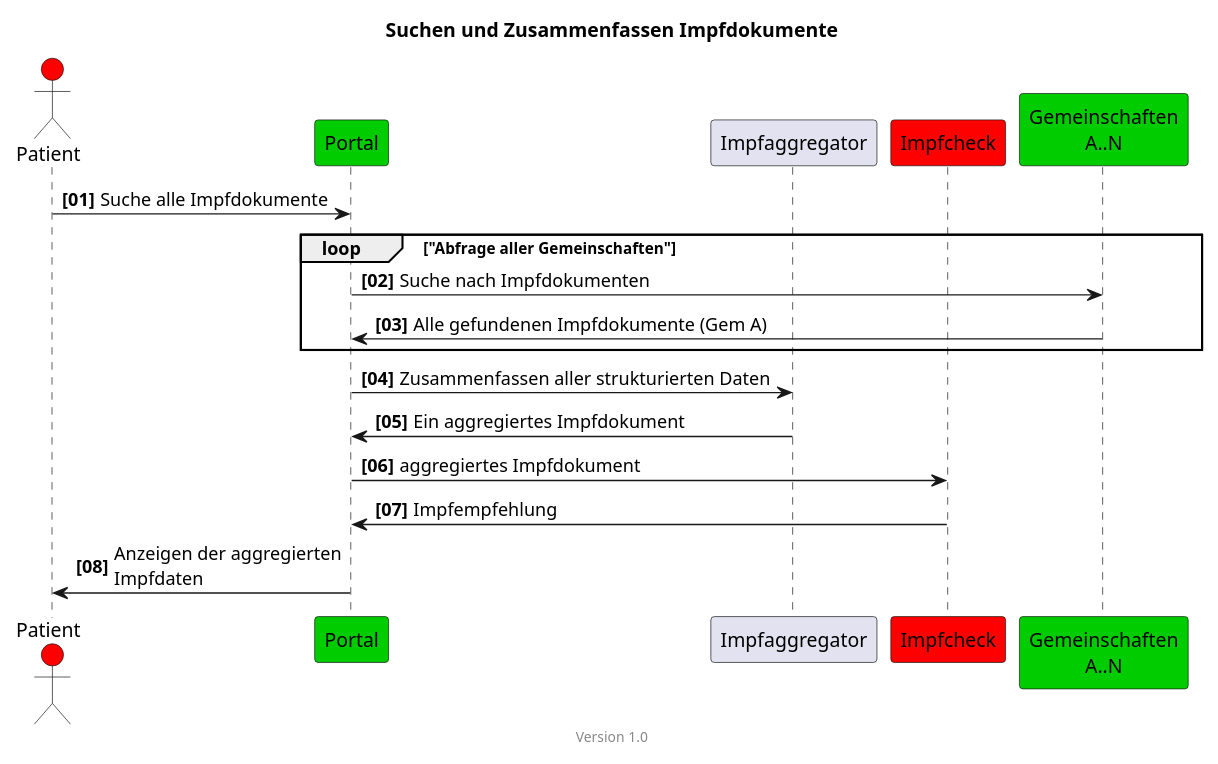
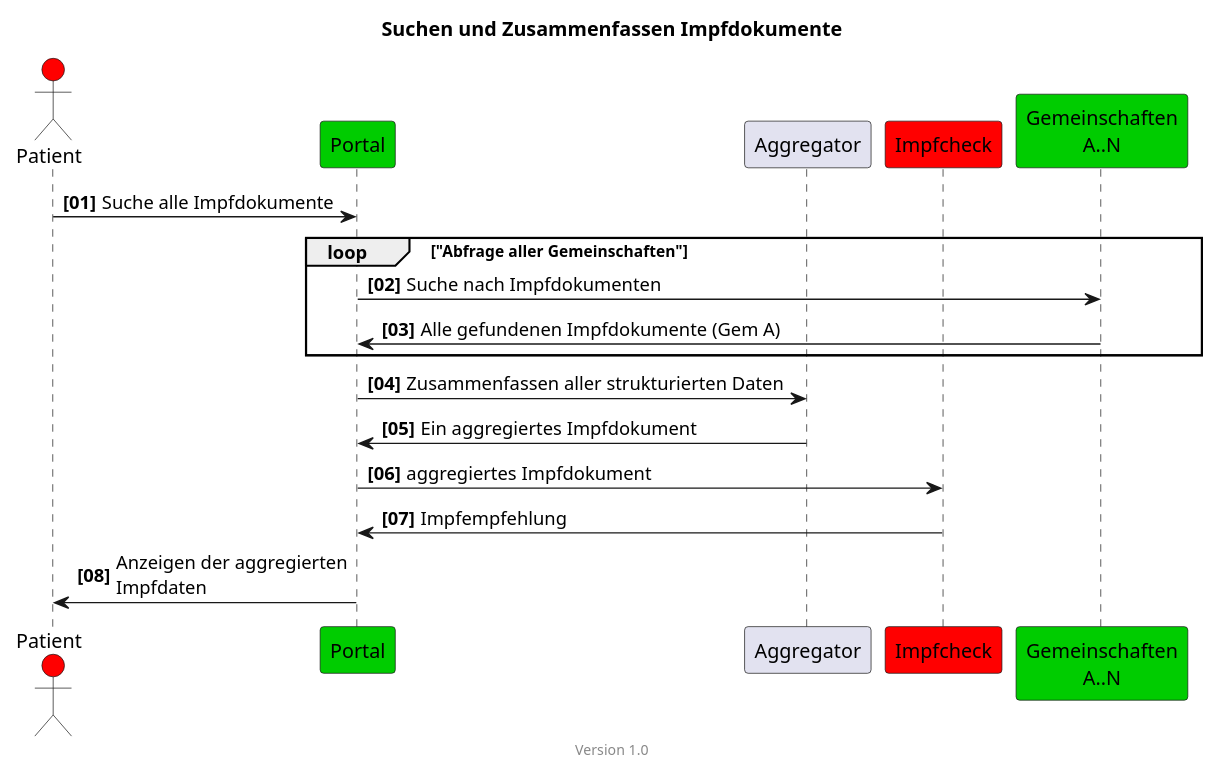
One commit to hl7ch/ch-vacd changed the diagram in input/images-source/epd-impfcheck-vaccination-docs-simple-patient-de.plantuml. Above: the diagram before and after it, drawn with PlantUML. The commit also changed 3 other files, not shown here.

Commit message:
fix impfaggregator and aggregator wording (#194)

```diff
--- a/input/images-source/epd-impfcheck-vaccination-docs-simple-patient-de.plantuml
+++ b/input/images-source/epd-impfcheck-vaccination-docs-simple-patient-de.plantuml
@@ -1,27 +1,27 @@
 @startuml
 title Suchen und Zusammenfassen Impfdokumente
 footer Version 1.0
 skinparam responseMessageBelowArrow true
 scale max 800 width
 
 actor Patient #red
 participant "Portal" #00CC00
-participant "Impfaggregator"
+participant "Aggregator"
 participant "Impfcheck" #red
 
 participant "Gemeinschaften\nA..N" #00CC00
 
 autonumber "<b>[00]"
 Patient -> "Portal": Suche alle Impfdokumente
 loop "Abfrage aller Gemeinschaften"
 "Portal" -> "Gemeinschaften\nA..N": Suche nach Impfdokumenten
 "Gemeinschaften\nA..N" -> "Portal": Alle gefundenen Impfdokumente (Gem A)
 end
-"Portal" -> "Impfaggregator": Zusammenfassen aller strukturierten Daten
-"Impfaggregator" ->  "Portal": Ein aggregiertes Impfdokument
+"Portal" -> "Aggregator": Zusammenfassen aller strukturierten Daten
+"Aggregator" ->  "Portal": Ein aggregiertes Impfdokument
 ' "Portal" -> "Portal": Pseudonymisieren
 "Portal" ->  "Impfcheck": aggregiertes Impfdokument
 "Impfcheck" -> "Portal": Impfempfehlung
 "Portal" -> Patient: Anzeigen der aggregierten\nImpfdaten
 
 @enduml
```
